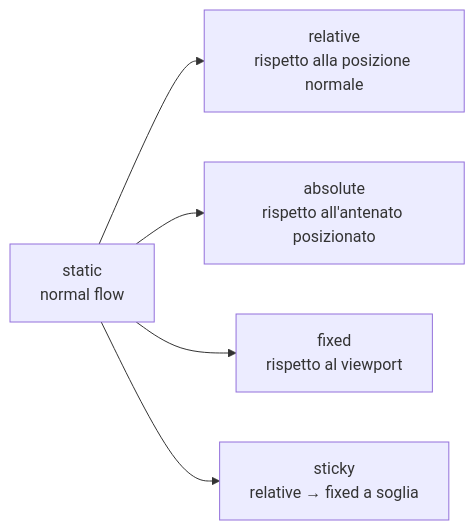
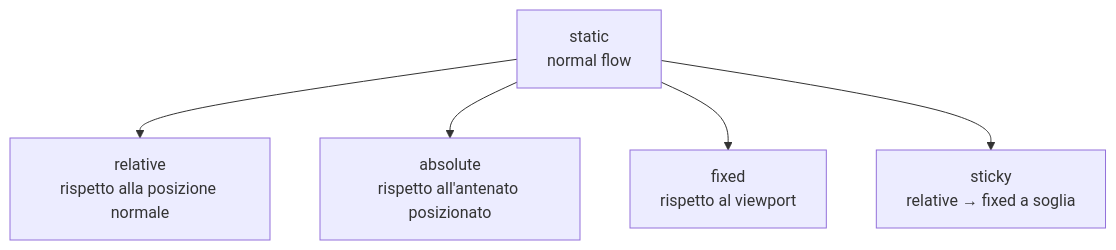
The second of 5 diagrams in 00 - Obsidian Notes/3° Anno/1° Semestre/TecWeb/Essenziale/Lezione 6.md (Fede-7/Notes), drawn with Mermaid before and after one commit. The commit also changed 3 other files, not shown here.

````diff
--- a/00 - Obsidian Notes/3° Anno/1° Semestre/TecWeb/Essenziale/Lezione 6.md
+++ b/00 - Obsidian Notes/3° Anno/1° Semestre/TecWeb/Essenziale/Lezione 6.md
@@ -119,7 +119,7 @@
 ```mermaid
-flowchart LR
+flowchart TD
     static["static<br/>normal flow"] --> relative["relative<br/>rispetto alla posizione normale"]
     static --> absolute["absolute<br/>rispetto all'antenato posizionato"]
     static --> fixed["fixed<br />rispetto al viewport"]
     static --> sticky["sticky<br/>relative → fixed a soglia"]
 ```
````
